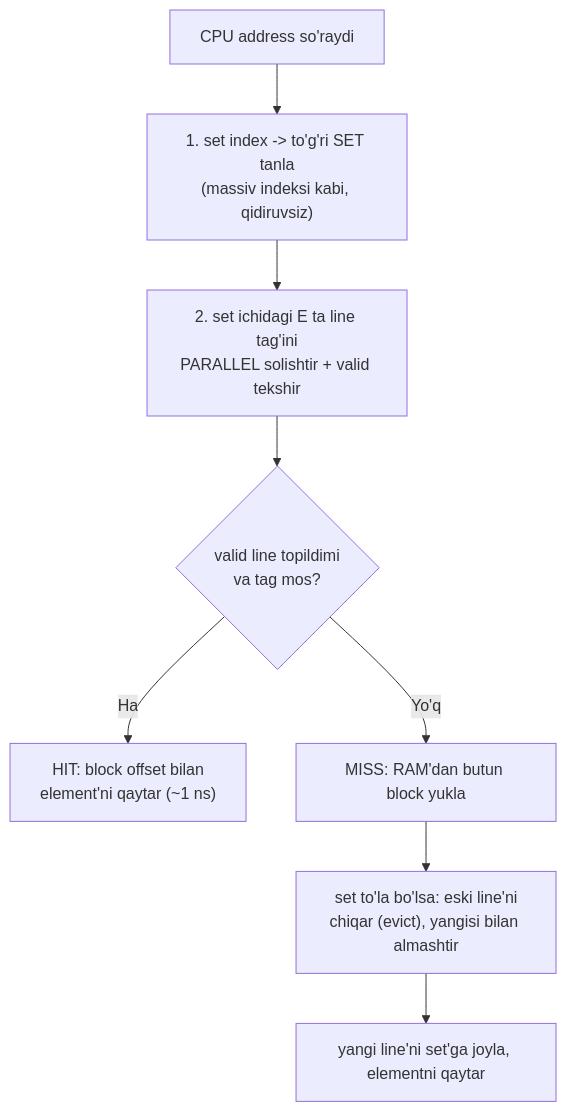
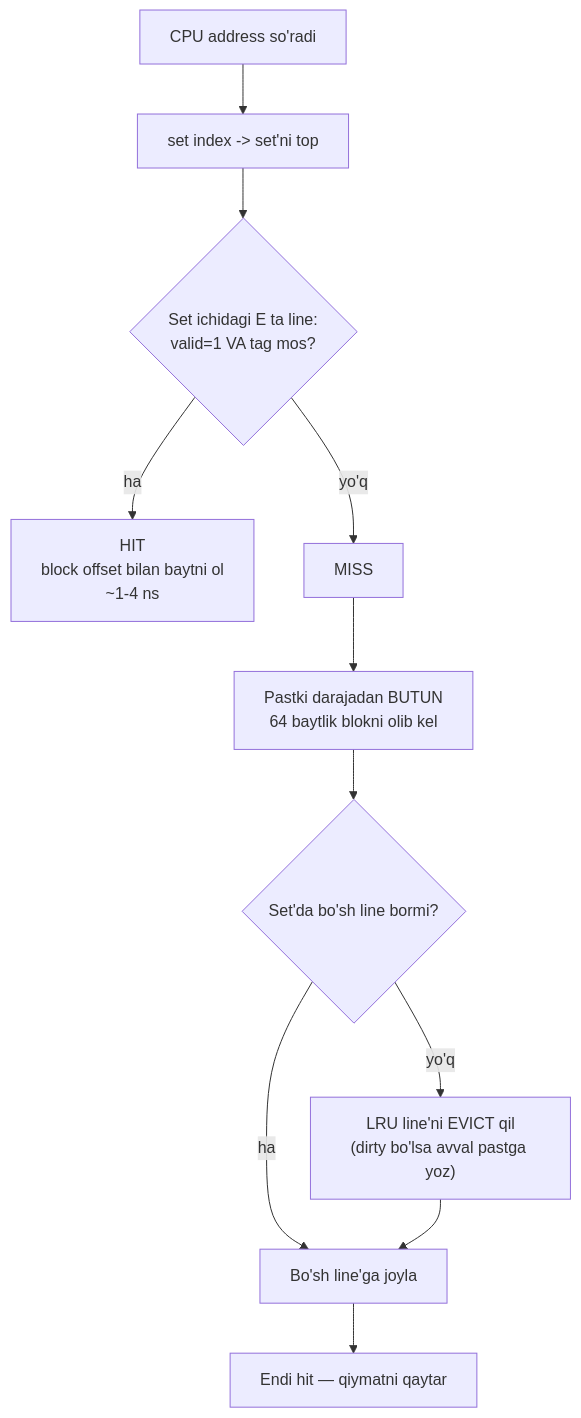
Before and after one commit to Otajonoov/dev: the third of 4 diagrams in 6. Computer Systems/17-cache-memories.md, drawn with Mermaid. The commit also changed other lines of this file and 15 other files, not shown here.

````diff
--- a/6. Computer Systems/17-cache-memories.md
+++ b/6. Computer Systems/17-cache-memories.md
@@ -103,10 +90,13 @@
 ```mermaid
 flowchart TD
-    START["CPU address so'raydi"] --> S1["1. set index -> to'g'ri SET tanla<br/>(massiv indeksi kabi, qidiruvsiz)"]
-    S1 --> S2["2. set ichidagi E ta line tag'ini<br/>PARALLEL solishtir + valid tekshir"]
-    S2 --> Q{"valid line topildimi<br/>va tag mos?"}
-    Q -->|Ha| HIT["HIT: block offset bilan<br/>element'ni qaytar (~1 ns)"]
-    Q -->|Yo'q| MISS["MISS: RAM'dan butun block yukla"]
-    MISS --> EV["set to'la bo'lsa: eski line'ni<br/>chiqar (evict), yangisi bilan almashtir"]
-    EV --> DONE["yangi line'ni set'ga joyla, elementni qaytar"]
+    START["CPU address so'radi"] --> IDX["set index -> set'ni top"]
+    IDX --> CMP{"Set ichidagi E ta line:<br/>valid=1 VA tag mos?"}
+    CMP -->|"ha"| HIT["HIT<br/>block offset bilan baytni ol<br/>~1-4 ns"]
+    CMP -->|"yo'q"| MISS["MISS"]
+    MISS --> FETCH["Pastki darajadan BUTUN<br/>64 baytlik blokni olib kel"]
+    FETCH --> FULL{"Set'da bo'sh line bormi?"}
+    FULL -->|"ha"| PLACE["Bo'sh line'ga joyla"]
+    FULL -->|"yo'q"| EVICT["LRU line'ni EVICT qil<br/>(dirty bo'lsa avval pastga yoz)"]
+    EVICT --> PLACE
+    PLACE --> RET["Endi hit — qiymatni qaytar"]
 ```
````
